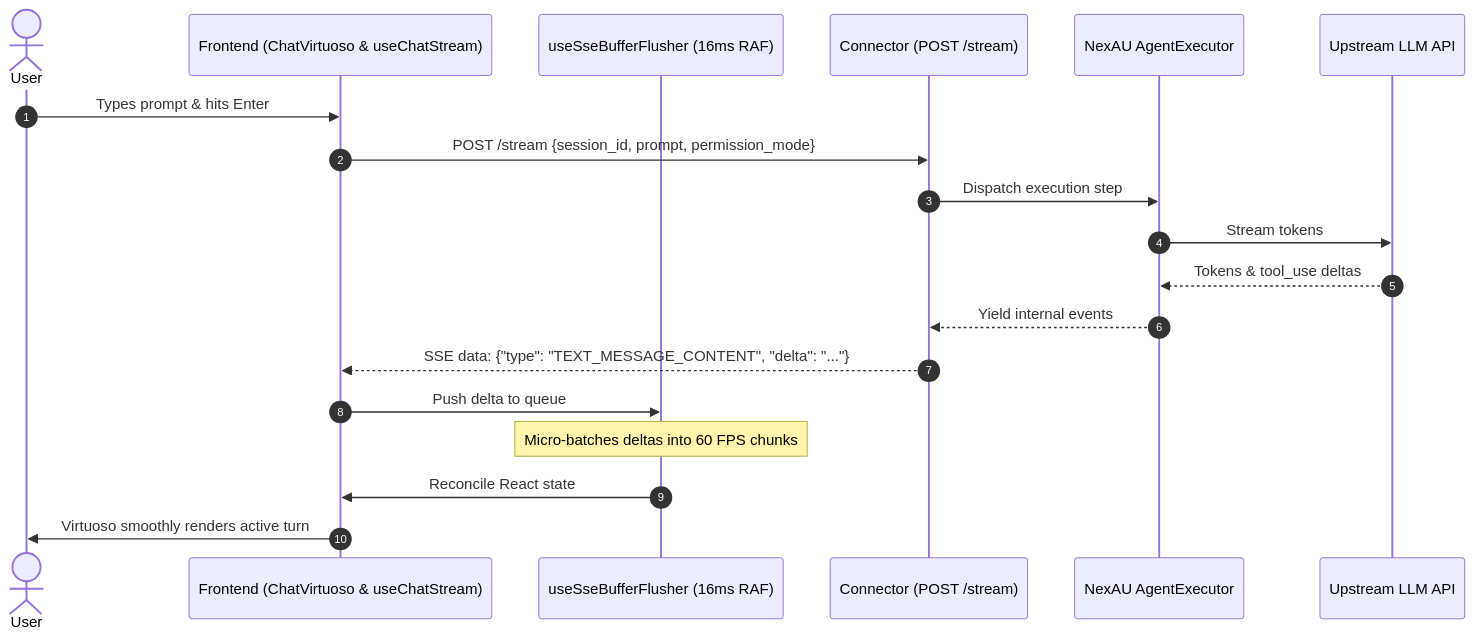
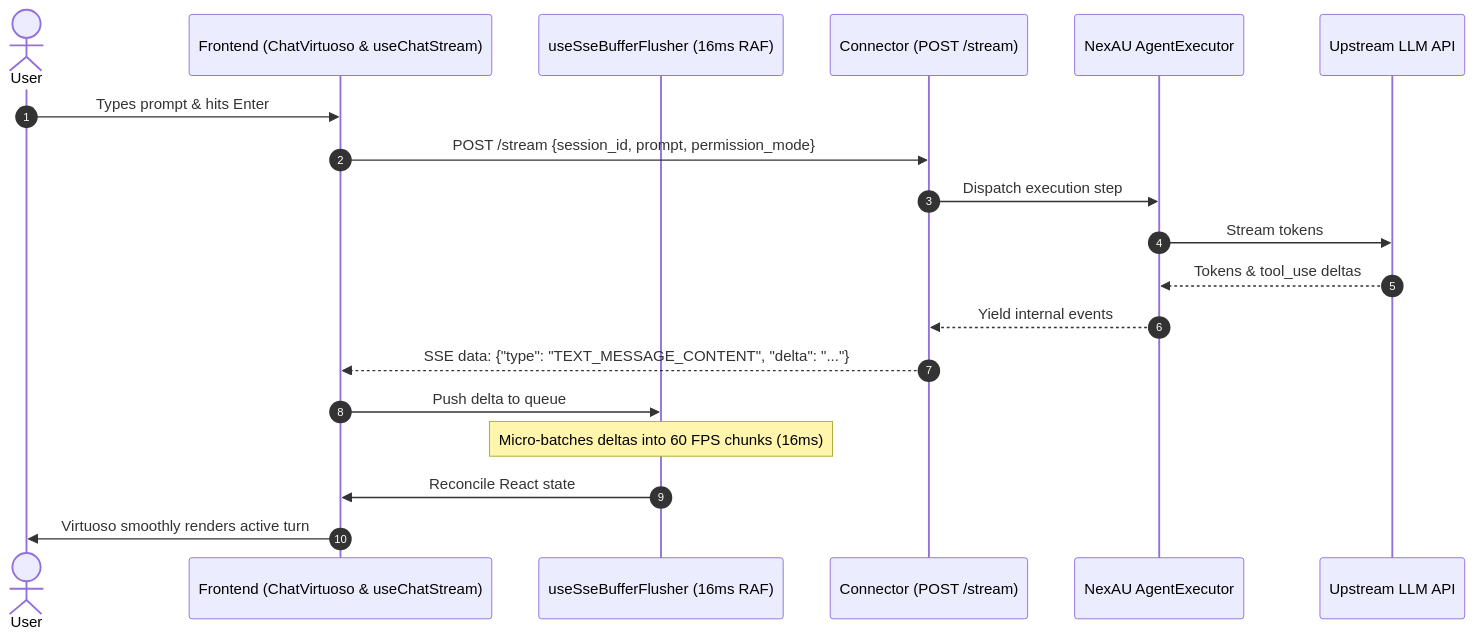
The second of 3 diagrams in ARCHITECTURE.md (mahwa5531-coder/Mash-Unified), drawn with Mermaid before and after one commit. The commit also changed other lines of this file, not shown here.

Commit message:
docs: complete database DDL, SSE event matrix and path ladder in ARCHITECTURE.md

````diff
--- a/ARCHITECTURE.md
+++ b/ARCHITECTURE.md
@@ -150,22 +150,22 @@
 ```mermaid
 sequenceDiagram
     autonumber
     actor User
     participant Browser as Frontend (ChatVirtuoso & useChatStream)
     participant Flusher as useSseBufferFlusher (16ms RAF)
     participant Gateway as Connector (POST /stream)
     participant Engine as NexAU AgentExecutor
     participant LLM as Upstream LLM API
 
     User->>Browser: Types prompt & hits Enter
     Browser->>Gateway: POST /stream {session_id, prompt, permission_mode}
     Gateway->>Engine: Dispatch execution step
     Engine->>LLM: Stream tokens
     LLM-->>Engine: Tokens & tool_use deltas
     Engine-->>Gateway: Yield internal events
     Gateway-->>Browser: SSE data: {"type": "TEXT_MESSAGE_CONTENT", "delta": "..."}
     Browser->>Flusher: Push delta to queue
-    Note over Flusher: Micro-batches deltas into 60 FPS chunks
+    Note over Flusher: Micro-batches deltas into 60 FPS chunks (16ms)
     Flusher->>Browser: Reconcile React state
     Browser->>User: Virtuoso smoothly renders active turn
 ```
````
